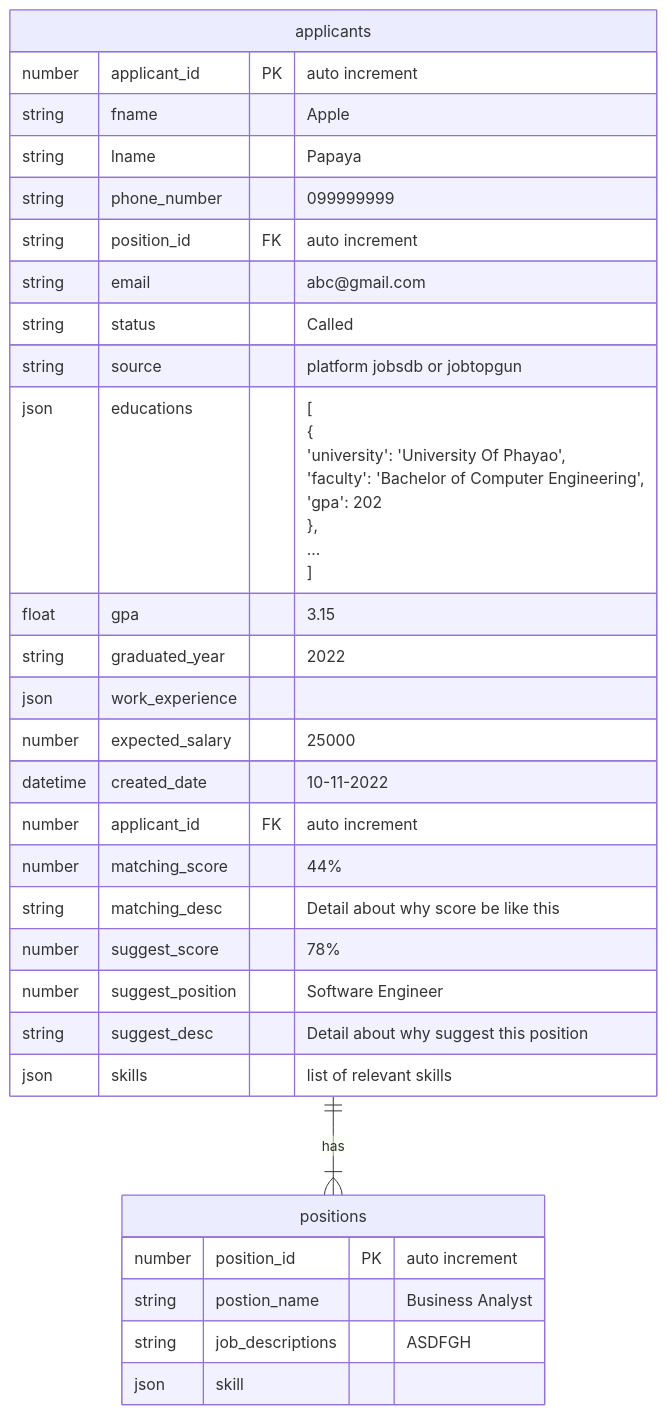
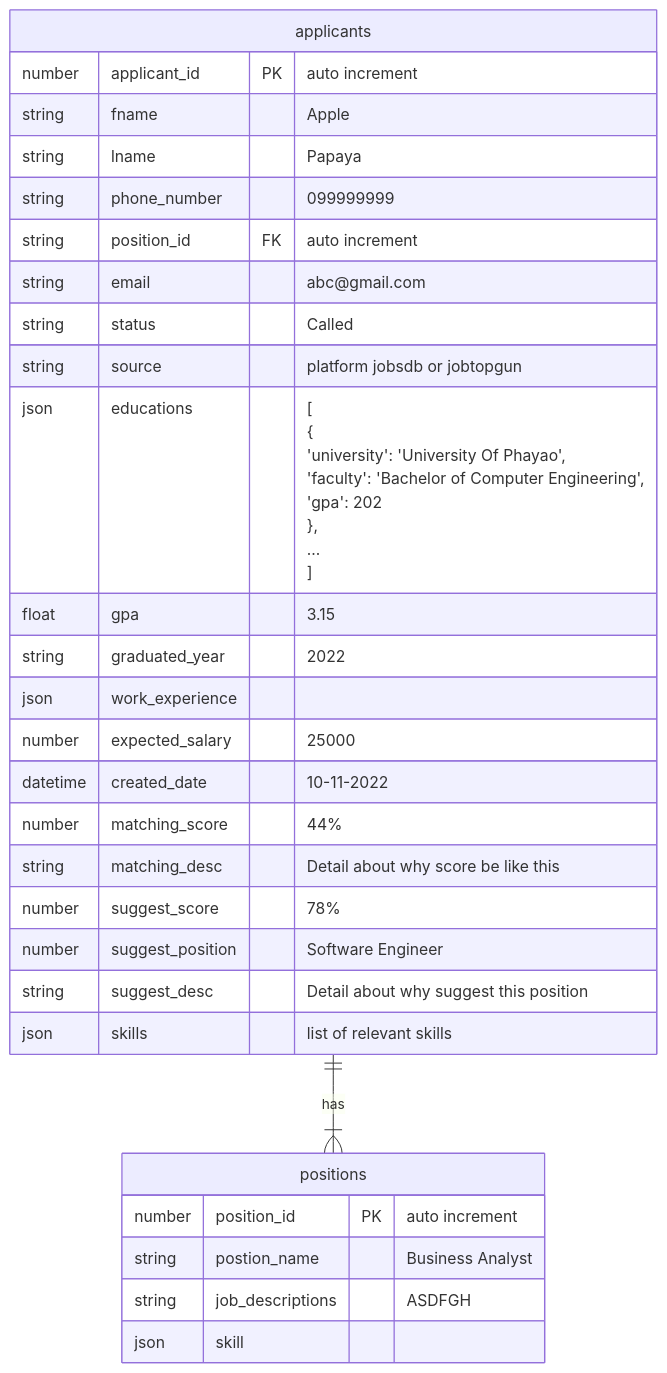
The diagram in er.md (Thanapheem/diagram), drawn with Mermaid before and after one commit.

Commit message:
remove duplicate id

````diff
--- a/er.md
+++ b/er.md
@@ -1,42 +1,41 @@
 ```mermaid
 erDiagram
 applicants ||--|{positions: has
 applicants {
 number applicant_id PK "auto increment"
 string fname   "Apple"
 string lname   "Papaya"
 string phone_number "099999999"
 string position_id FK"auto increment"
 string email "abc@gmail.com"
 string status "Called"
 string source "platform jobsdb or jobtopgun"
 json educations "[
   {
     'university': 'University Of Phayao',
     'faculty': 'Bachelor of Computer Engineering',
     'gpa': 202
   },
   ...
 ]"
 float gpa "3.15"
 string graduated_year "2022"
 json work_experience ""
 number expected_salary "25000"
 datetime created_date  "10-11-2022"
-number applicant_id FK "auto increment"
 number matching_score "44%"
 string matching_desc "Detail about why score be like this"
 number suggest_score "78%"
 number suggest_position "Software Engineer"
 string suggest_desc "Detail about why suggest this position"
 json skills "list of relevant skills"
 }
 positions {
 number position_id PK "auto increment"
 string postion_name "Business Analyst"
 string job_descriptions "ASDFGH"
 json skill ""
 }
 
 
 ```
````
